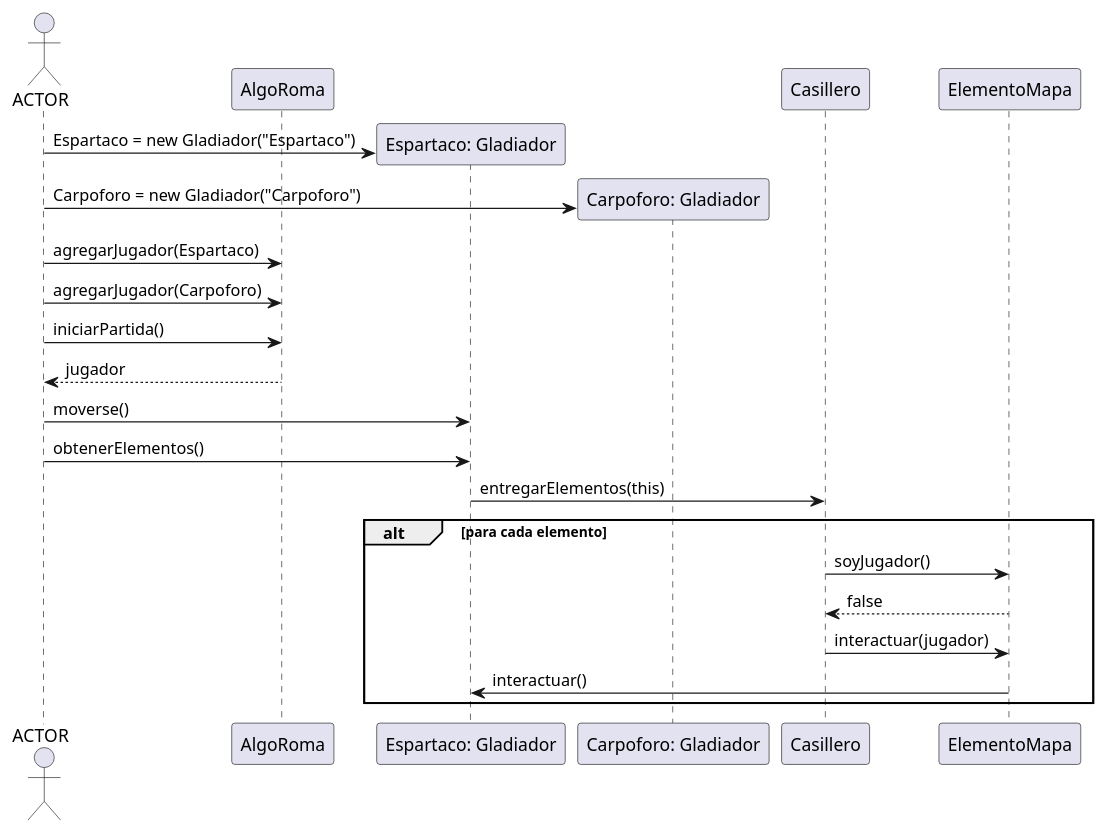
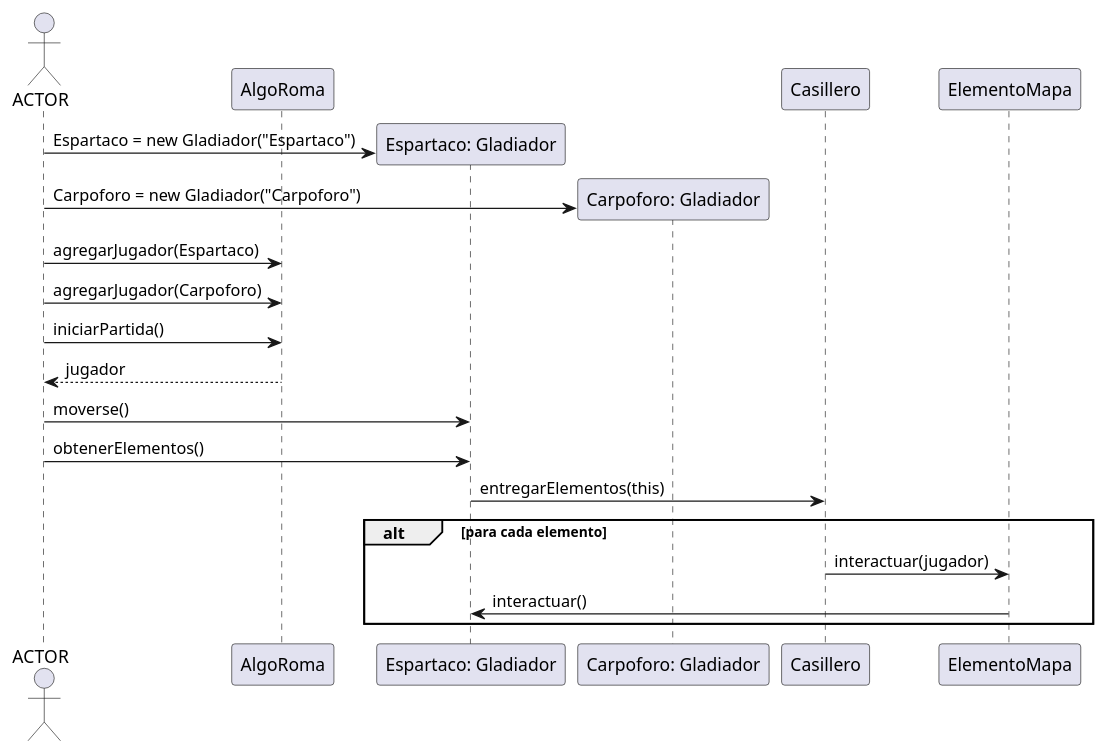
One commit to CrissRMFI/TP2-AlgoIII changed the diagram in diagrams/sequences/003JugadorObtieneElementos.puml. Above: the diagram before and after it, drawn with PlantUML. The commit also changed 20 other files, not shown here.

Commit message:
Cambios en diagrmas de clase y diagramas de secuencia.

```diff
--- a/diagrams/sequences/003JugadorObtieneElementos.puml
+++ b/diagrams/sequences/003JugadorObtieneElementos.puml
@@ -1,35 +1,33 @@
 @startuml
 
 actor ACTOR
 participant AlgoRoma
 participant Jugador1 as "Espartaco: Gladiador"
 participant Jugador2 as "Carpoforo: Gladiador"
 
 create Jugador1
 ACTOR -> Jugador1: Espartaco = new Gladiador("Espartaco")
 create Jugador2
 ACTOR -> Jugador2: Carpoforo = new Gladiador("Carpoforo")
 
 
 ACTOR -> AlgoRoma: agregarJugador(Espartaco)
 ACTOR -> AlgoRoma: agregarJugador(Carpoforo)
 
 
 ACTOR -> AlgoRoma: iniciarPartida()
 AlgoRoma --> ACTOR: jugador
 
 ACTOR -> Jugador1: moverse()
 
 ACTOR -> Jugador1: obtenerElementos()
 
 Jugador1 -> Casillero: entregarElementos(this)
 
 alt para cada elemento
-    Casillero -> ElementoMapa: soyJugador()
-    ElementoMapa --> Casillero: false
     Casillero -> ElementoMapa: interactuar(jugador)
     ElementoMapa -> Jugador1: interactuar()
 
 end
 
 @enduml
```
